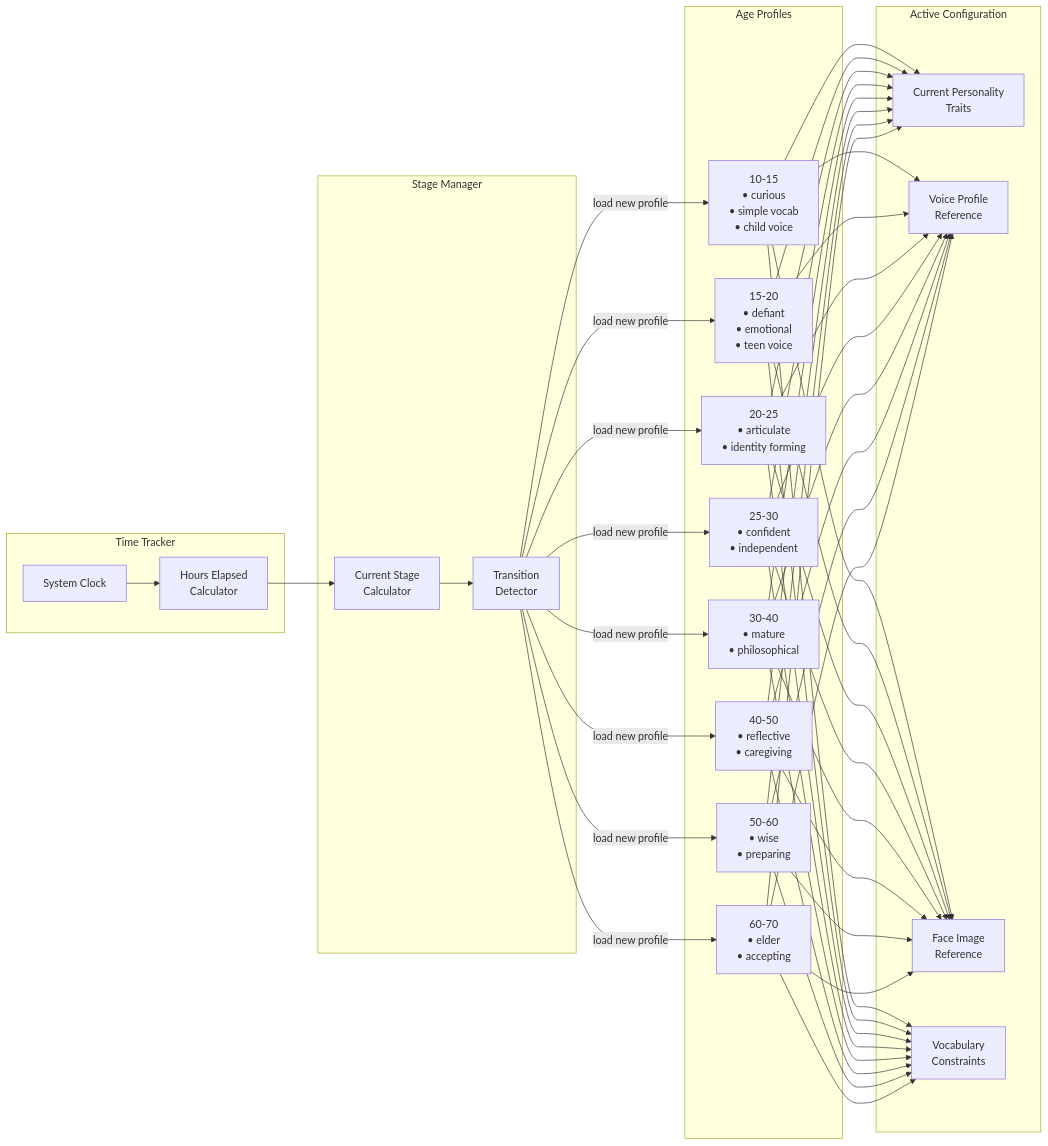
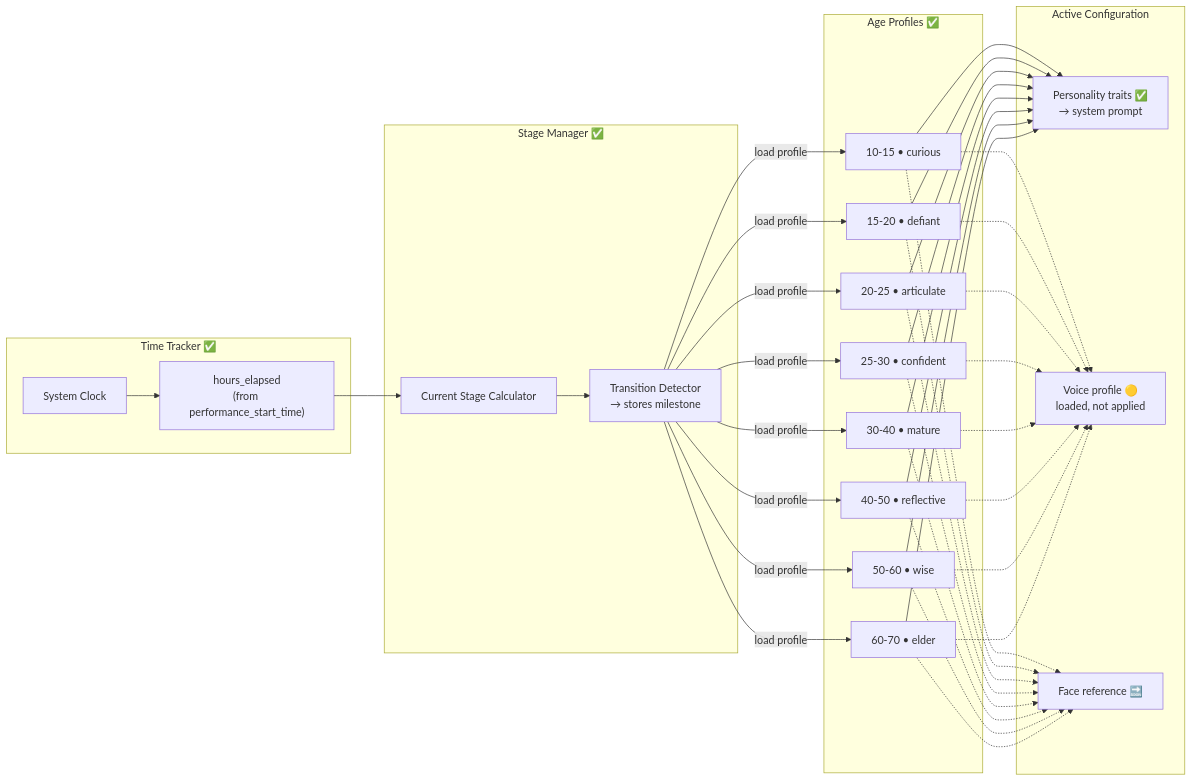
The seventh of 10 diagrams in ARCHITECTURE.md (sgl-a/Indira), drawn with Mermaid before and after one commit. The commit also changed other lines of this file and 10 other files, not shown here.

Commit message:
Updated Architecture and Tech Stack. Updated Readme for accurate installation

````diff
--- a/ARCHITECTURE.md
+++ b/ARCHITECTURE.md
@@ -366,39 +416,35 @@
 ```mermaid
 flowchart LR
-    subgraph TIME ["Time Tracker"]
+    subgraph TIME ["Time Tracker ✅"]
         CLOCK["System Clock"]
-        ELAPSED["Hours Elapsed\nCalculator"]
+        ELAPSED["hours_elapsed\n(from performance_start_time)"]
     end
 
-    subgraph STAGE ["Stage Manager"]
-        STAGE_CALC["Current Stage\nCalculator"]
-        TRANSITION["Transition\nDetector"]
+    subgraph STAGE ["Stage Manager ✅"]
+        STAGE_CALC["Current Stage Calculator"]
+        TRANSITION["Transition Detector\n→ stores milestone"]
     end
 
-    subgraph PROFILES ["Age Profiles"]
-        P1["10-15\n• curious\n• simple vocab\n• child voice"]
-        P2["15-20\n• defiant\n• emotional\n• teen voice"]
-        P3["20-25\n• articulate\n• identity forming"]
-        P4["25-30\n• confident\n• independent"]
-        P5["30-40\n• mature\n• philosophical"]
-        P6["40-50\n• reflective\n• caregiving"]
-        P7["50-60\n• wise\n• preparing"]
-        P8["60-70\n• elder\n• accepting"]
+    subgraph PROFILES ["Age Profiles ✅"]
+        P1["10-15 • curious"]
+        P2["15-20 • defiant"]
+        P3["20-25 • articulate"]
+        P4["25-30 • confident"]
+        P5["30-40 • mature"]
+        P6["40-50 • reflective"]
+        P7["50-60 • wise"]
+        P8["60-70 • elder"]
     end
 
     subgraph OUTPUTS ["Active Configuration"]
-        TRAITS["Current Personality\nTraits"]
-        VOICE_PROFILE["Voice Profile\nReference"]
-        FACE_PROFILE["Face Image\nReference"]
-        VOCAB["Vocabulary\nConstraints"]
+        TRAITS["Personality traits ✅\n→ system prompt"]
+        VOICE_PROFILE["Voice profile 🟡\nloaded, not applied"]
+        FACE_PROFILE["Face reference 🔜"]
     end
 
-    CLOCK --> ELAPSED
-    ELAPSED --> STAGE_CALC
-    STAGE_CALC --> TRANSITION
-    TRANSITION -->|"load new profile"| P1 & P2 & P3 & P4 & P5 & P6 & P7 & P8
+    CLOCK --> ELAPSED --> STAGE_CALC --> TRANSITION
+    TRANSITION -->|"load profile"| P1 & P2 & P3 & P4 & P5 & P6 & P7 & P8
     P1 & P2 & P3 & P4 & P5 & P6 & P7 & P8 --> TRAITS
-    P1 & P2 & P3 & P4 & P5 & P6 & P7 & P8 --> VOICE_PROFILE
-    P1 & P2 & P3 & P4 & P5 & P6 & P7 & P8 --> FACE_PROFILE
-    P1 & P2 & P3 & P4 & P5 & P6 & P7 & P8 --> VOCAB
+    P1 & P2 & P3 & P4 & P5 & P6 & P7 & P8 -.-> VOICE_PROFILE
+    P1 & P2 & P3 & P4 & P5 & P6 & P7 & P8 -.-> FACE_PROFILE
 ```
````
